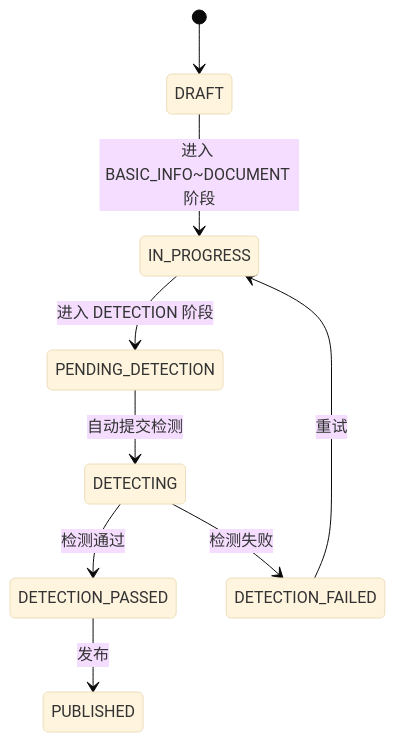
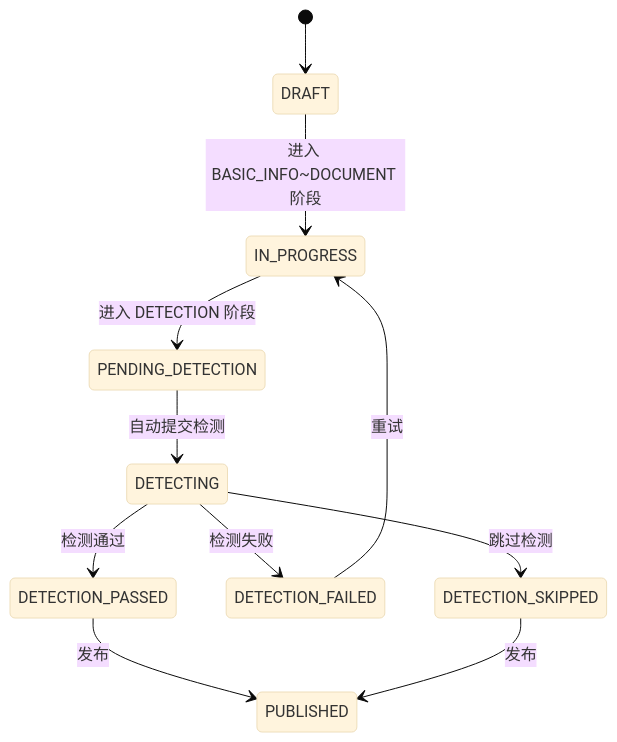
Before and after one commit to DrunkFood/First: the second of 3 diagrams in docs/rules/PHASE_FLOW_SPEC.md, drawn with Mermaid (base theme). The commit also changed 7 other files, not shown here.

````diff
--- a/docs/rules/PHASE_FLOW_SPEC.md
+++ b/docs/rules/PHASE_FLOW_SPEC.md
@@ -39,11 +39,13 @@
 ```mermaid
 stateDiagram-v2
     [*] --> DRAFT
     DRAFT --> IN_PROGRESS: 进入 BASIC_INFO~DOCUMENT 阶段
     IN_PROGRESS --> PENDING_DETECTION: 进入 DETECTION 阶段
     PENDING_DETECTION --> DETECTING: 自动提交检测
     DETECTING --> DETECTION_PASSED: 检测通过
     DETECTING --> DETECTION_FAILED: 检测失败
+    DETECTING --> DETECTION_SKIPPED: 跳过检测
     DETECTION_PASSED --> PUBLISHED: 发布
+    DETECTION_SKIPPED --> PUBLISHED: 发布
     DETECTION_FAILED --> IN_PROGRESS: 重试
 ```
````
